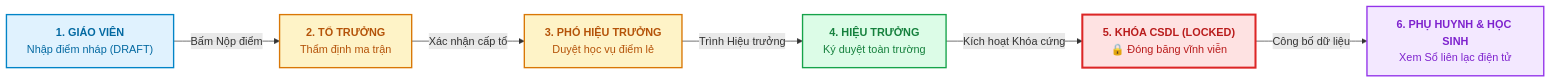
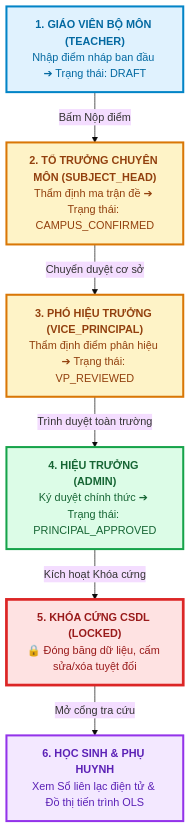
One commit to Phuc2009-c/quanlytruonghocc changed the first of 5 diagrams in THUYET_MINH_VIBE_CODING_WORKFLOW_LOGIC.md. Above: the diagram before and after it, drawn with Mermaid. The commit also changed other lines of this file, not shown here.

Commit message:
docs: phong to chu va bo sung cac hop ascii truc quan co lon cho tat ca cac so do

````diff
--- a/THUYET_MINH_VIBE_CODING_WORKFLOW_LOGIC.md
+++ b/THUYET_MINH_VIBE_CODING_WORKFLOW_LOGIC.md
@@ -114,18 +157,21 @@
 ```mermaid
-graph LR
-    %% Định nghĩa các bước
-    A["<b>1. GIÁO VIÊN</b><br/>Nhập điểm nháp (DRAFT)"] 
-    -->|"Bấm Nộp điểm"| B["<b>2. TỔ TRƯỞNG</b><br/>Thẩm định ma trận"]
-    -->|"Xác nhận cấp tổ"| C["<b>3. PHÓ HIỆU TRƯỞNG</b><br/>Duyệt học vụ điểm lẻ"]
-    -->|"Trình Hiệu trưởng"| D["<b>4. HIỆU TRƯỞNG</b><br/>Ký duyệt toàn trường"]
-    -->|"Kích hoạt Khóa cứng"| E["<b>5. KHÓA CSDL (LOCKED)</b><br/>🔒 Đóng băng vĩnh viễn"]
-    -->|"Công bố dữ liệu"| F["<b>6. PHỤ HUYNH & HỌC SINH</b><br/>Xem Sổ liên lạc điện tử"]
+%%{init: {'theme': 'base', 'themeVariables': { 'fontSize': '16px', 'fontFamily': 'Arial' }}}%%
+graph TD
+    A["<b>1. GIÁO VIÊN BỘ MÔN (TEACHER)</b><br/>Nhập điểm nháp ban đầu ➔ Trạng thái: DRAFT"]
+    -->|"Bấm Nộp điểm"| B["<b>2. TỔ TRƯỞNG CHUYÊN MÔN (SUBJECT_HEAD)</b><br/>Thẩm định ma trận đề ➔ Trạng thái: CAMPUS_CONFIRMED"]
+    
+    B -->|"Chuyển duyệt cơ sở"| C["<b>3. PHÓ HIỆU TRƯỞNG (VICE_PRINCIPAL)</b><br/>Thẩm định điểm phân hiệu ➔ Trạng thái: VP_REVIEWED"]
+    
+    C -->|"Trình duyệt toàn trường"| D["<b>4. HIỆU TRƯỞNG (ADMIN)</b><br/>Ký duyệt chính thức ➔ Trạng thái: PRINCIPAL_APPROVED"]
+    
+    D -->|"Kích hoạt Khóa cứng"| E["<b>5. KHÓA CỨNG CSDL (LOCKED)</b><br/>🔒 Đóng băng dữ liệu, cấm sửa/xóa tuyệt đối"]
+    
+    E -->|"Mở cổng tra cứu"| F["<b>6. HỌC SINH & PHỤ HUYNH</b><br/>Xem Sổ liên lạc điện tử & Đồ thị tiến trình OLS"]
 
-    %% Tô màu trực quan
-    style A fill:#e0f2fe,stroke:#0284c7,stroke-width:2px,color:#0369a1
-    style B fill:#fef3c7,stroke:#d97706,stroke-width:2px,color:#b45309
-    style C fill:#fef3c7,stroke:#d97706,stroke-width:2px,color:#b45309
-    style D fill:#dcfce7,stroke:#16a34a,stroke-width:2px,color:#15803d
-    style E fill:#fee2e2,stroke:#dc2626,stroke-width:3px,color:#b91c1c
-    style F fill:#f3e8ff,stroke:#9333ea,stroke-width:2px,color:#7e22ce
+    style A fill:#e0f2fe,stroke:#0284c7,stroke-width:3px,color:#0369a1
+    style B fill:#fef3c7,stroke:#d97706,stroke-width:3px,color:#92400e
+    style C fill:#fef3c7,stroke:#d97706,stroke-width:3px,color:#92400e
+    style D fill:#dcfce7,stroke:#16a34a,stroke-width:3px,color:#166534
+    style E fill:#fee2e2,stroke:#dc2626,stroke-width:4px,color:#991b1b
+    style F fill:#f3e8ff,stroke:#9333ea,stroke-width:3px,color:#5b21b6
 ```
````
